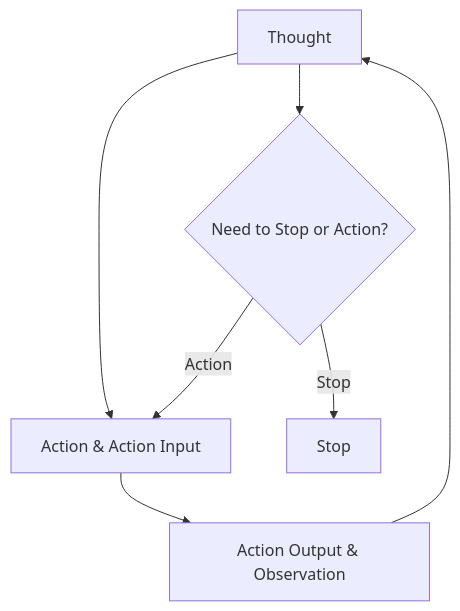
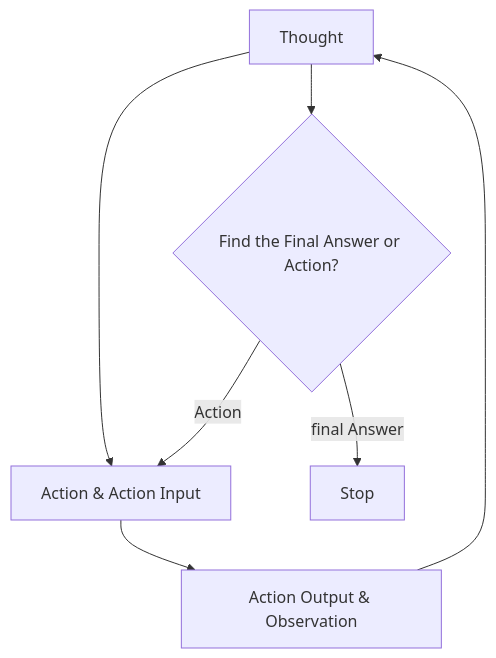
Before and after one commit to istarwyh/MyRoad: the first of 2 diagrams in docs/Vnote/program/llm/AI Agent.md, drawn with Mermaid. The commit also changed 4 other files, not shown here.

````diff
--- a/docs/Vnote/program/llm/AI Agent.md
+++ b/docs/Vnote/program/llm/AI Agent.md
@@ -8,9 +8,9 @@
 ```mermaid
 graph TD
     A[Thought] --> B["Action & Action Input"]
     B --> C["Action Output & Observation"]
     C --> A
-    A --> E{Need to Stop or Action?}
-    E -->|Stop| F[Stop]
+    A --> E{Find the Final Answer or Action?}
+    E -->|final Answer| F[Stop]
     E -->|Action| B
 ```
````
